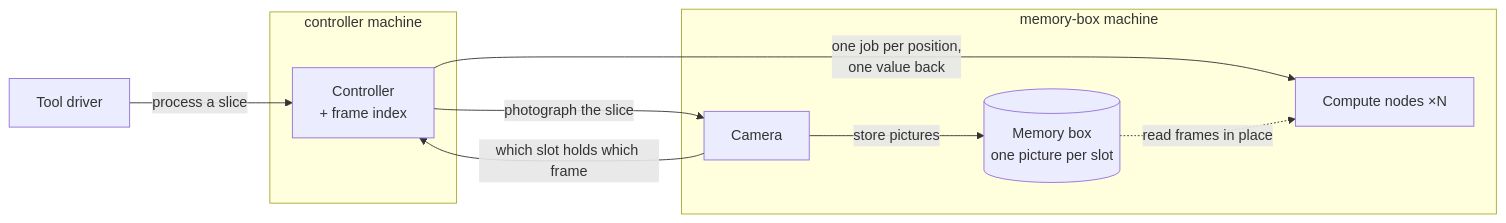
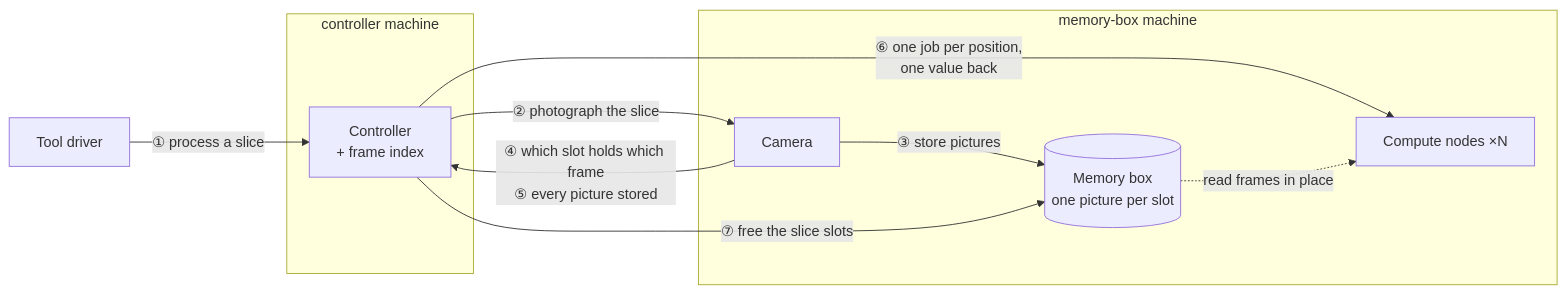
Before and after one commit to erancha/algorithm-controller: the diagram in README.md, drawn with Mermaid. The commit also changed other lines of this file, not shown here.

Commit message:
Number the README diagram's arrows with the steps of one slice
The README diagram showed which parts talk to each other but not in what order. It also left
out the camera's completion report and the slot release, so a reader could not follow one slice
through it.

Now its arrows carry the circled step numbers ①–⑦ used by the full diagram in
docs/architecture.md. The diagram adds ⑤ and ⑦, and a line under it says how to read the
numbers.

````diff
--- a/README.md
+++ b/README.md
@@ -40,17 +40,18 @@
 ```mermaid
 flowchart LR
-    DRV[Tool driver] -->|process a slice| CTRL
+    DRV[Tool driver] -->|① process a slice| CTRL
     subgraph CM[controller machine]
         CTRL[Controller<br/>+ frame index]
     end
     subgraph MM[memory-box machine]
         CAM[Camera]
         MB[(Memory box<br/>one picture per slot)]
         CN[Compute nodes ×N]
     end
-    CTRL -->|photograph the slice| CAM
-    CAM -->|store pictures| MB
-    CAM -->|which slot holds which frame| CTRL
-    CTRL -->|one job per position,<br/>one value back| CN
+    CTRL -->|② photograph the slice| CAM
+    CAM -->|③ store pictures| MB
+    CAM -->|④ which slot holds which frame<br/>⑤ every picture stored| CTRL
+    CTRL -->|⑥ one job per position,<br/>one value back| CN
     MB -.->|read frames in place| CN
+    CTRL -->|⑦ free the slice slots| MB
 ```
````
